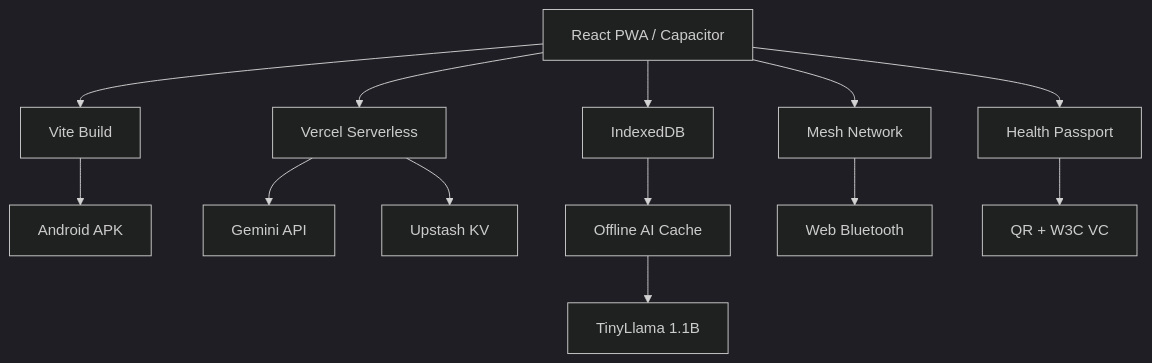
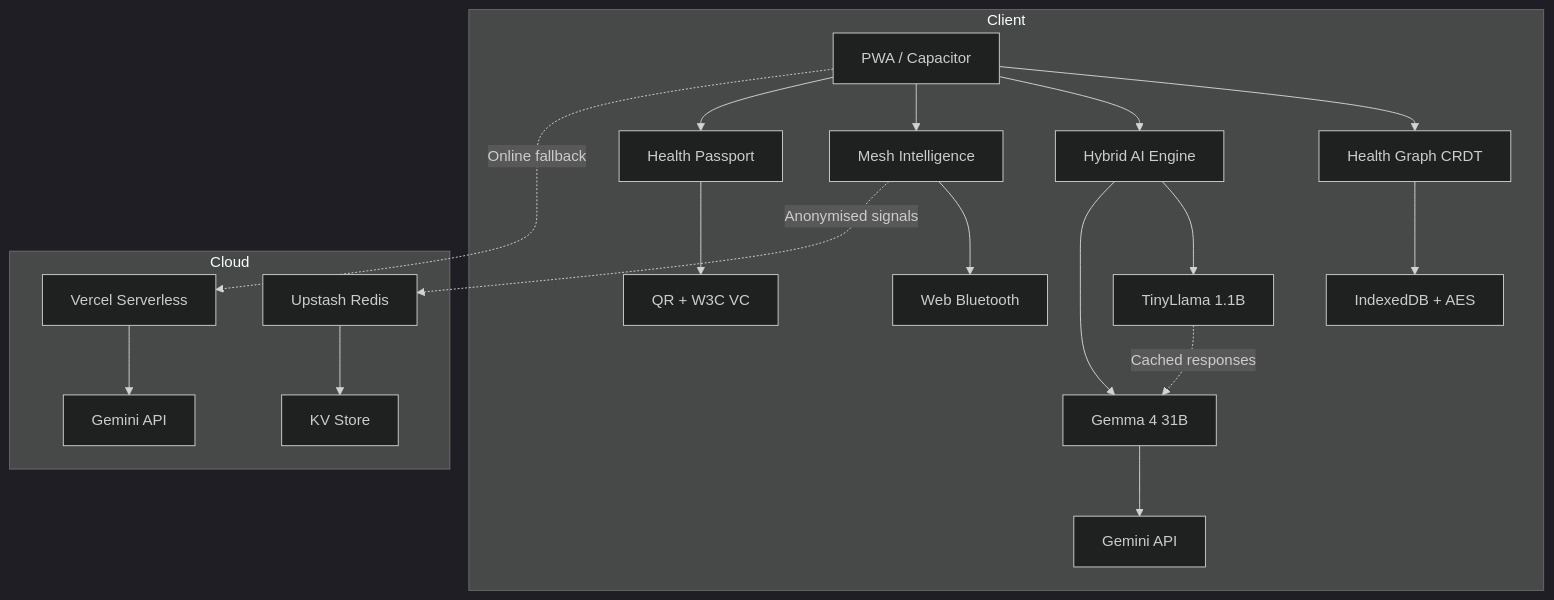
The first of 2 diagrams in README.md (Panther0508/care-connect), drawn with Mermaid (dark theme) before and after one commit. The commit also changed other lines of this file and 4 other files, not shown here.

````diff
--- a/README.md
+++ b/README.md
@@ -50,15 +50,24 @@
 ```mermaid
 graph TB
-    A[React PWA / Capacitor] --> B[Vite Build]
-    B --> C[Android APK]
-    A --> D[Vercel Serverless]
-    D --> E[Gemini API]
-    D --> F[Upstash KV]
-    A --> G[IndexedDB]
-    G --> H[Offline AI Cache]
-    H --> I[TinyLlama 1.1B]
-    A --> J[Mesh Network]
-    J --> K[Web Bluetooth]
-    A --> L[Health Passport]
-    L --> M[QR + W3C VC]
+    subgraph Client
+        A[PWA / Capacitor] --> B[Health Graph CRDT]
+        A --> C[Hybrid AI Engine]
+        A --> D[Mesh Intelligence]
+        A --> E[Health Passport]
+        B --> F[IndexedDB + AES]
+        C --> G[TinyLlama 1.1B]
+        C --> H[Gemma 4 31B]
+        H --> I[Gemini API]
+        D --> J[Web Bluetooth]
+        E --> K[QR + W3C VC]
+        G -.->|Cached responses| H
+    end
+    
+    subgraph Cloud
+        L[Vercel Serverless] --> M[Gemini API]
+        N[Upstash Redis] --> O[KV Store]
+    end
+    
+    A -.->|Online fallback| L
+    D -.->|Anonymised signals| N
 ```
````
